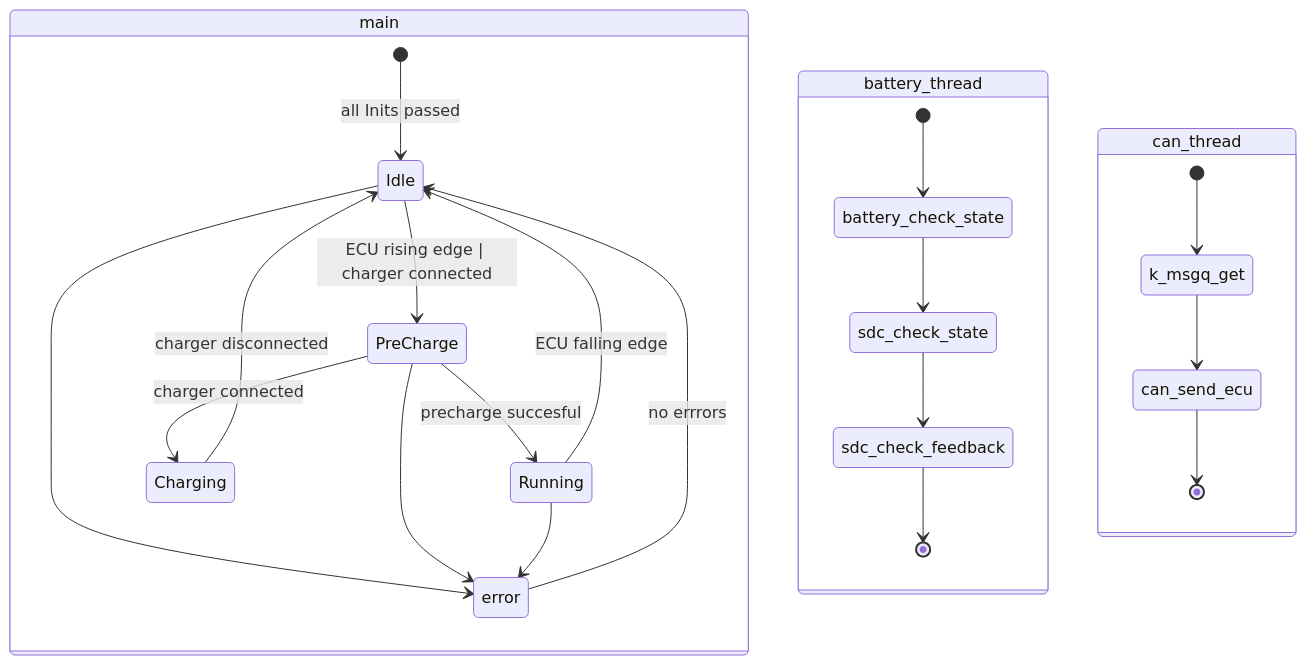
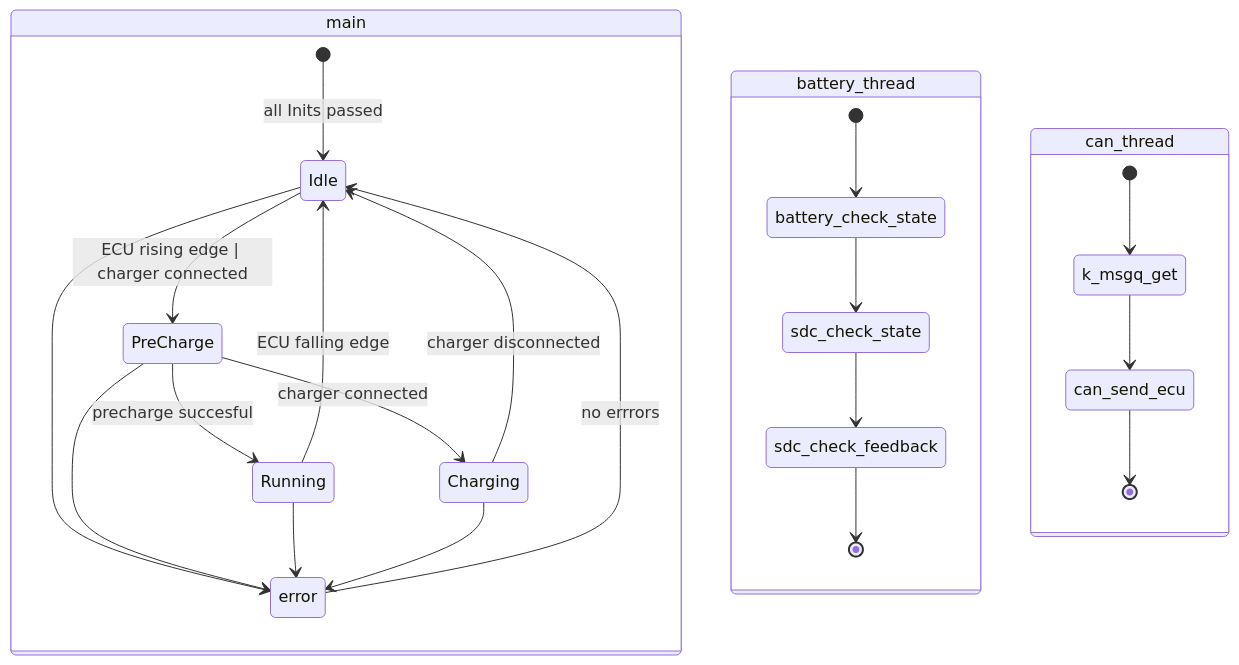
One commit to renolluc/BMS_zephyr changed the second of 3 diagrams in README.md. Above: the diagram before and after it, drawn with Mermaid.

Commit message:
small fix in state diagram

````diff
--- a/README.md
+++ b/README.md
@@ -142,31 +142,32 @@
 ```mermaid
 stateDiagram-v2
 
 state main{
     [*] --> Idle: all Inits passed
     error --> Idle: no errrors
     Idle --> error
     PreCharge --> error
     Running --> error
     Idle --> PreCharge: ECU rising edge | charger connected
     PreCharge --> Running : precharge succesful
     Charging --> Idle : charger disconnected
     PreCharge --> Charging: charger connected
+    Charging --> error
     Running --> Idle : ECU falling edge
 
 }
 
 state battery_thread{
     [*] --> battery_check_state
     battery_check_state --> sdc_check_state
     sdc_check_state --> sdc_check_feedback
     sdc_check_feedback --> [*]
 }
 
 state can_thread{
     [*] --> k_msgq_get
     k_msgq_get --> can_send_ecu
     can_send_ecu --> [*]
 }
 
 ```
````
